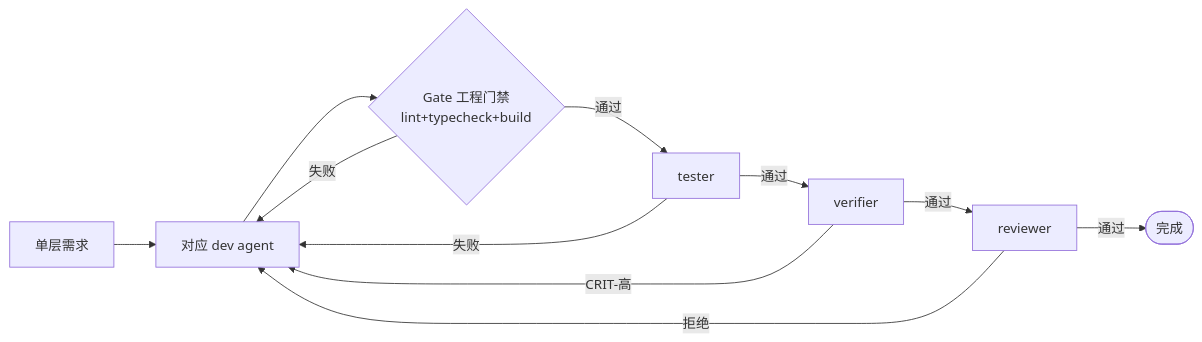
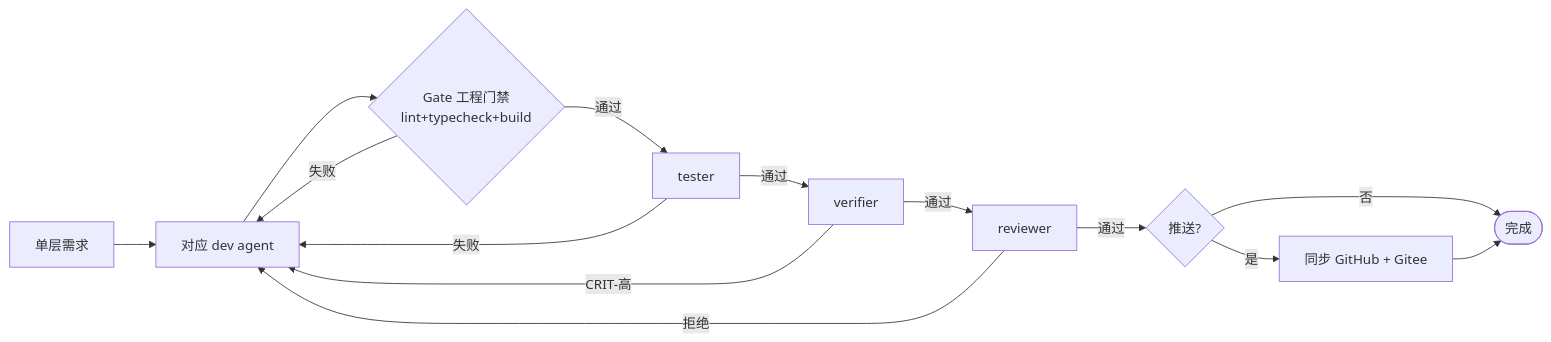
Before and after one commit to syl-lsy/Trip-AI: the second of 4 diagrams in docs/agent-workflow.md, drawn with Mermaid. The commit also changed other lines of this file and 58 other files, not shown here.

Commit message:
feat(core): add git-sync skill, user module, and profile page

````diff
--- a/docs/agent-workflow.md
+++ b/docs/agent-workflow.md
@@ -96,13 +99,16 @@
 ```mermaid
 graph LR
     Task[单层需求] --> Dev[对应 dev agent]
     Dev --> Gate{Gate 工程门禁<br/>lint+typecheck+build}
     Gate -->|失败| Dev
     Gate -->|通过| Tester[tester]
     Tester -->|通过| Verifier[verifier]
     Tester -->|失败| Dev
     Verifier -->|通过| Reviewer[reviewer]
     Verifier -->|CRIT-高| Dev
-    Reviewer -->|通过| Done([完成])
+    Reviewer -->|通过| Push{推送?}
+    Push -->|是| Sync[同步 GitHub + Gitee]
+    Push -->|否| Done([完成])
+    Sync --> Done
     Reviewer -->|拒绝| Dev
 ```
````
